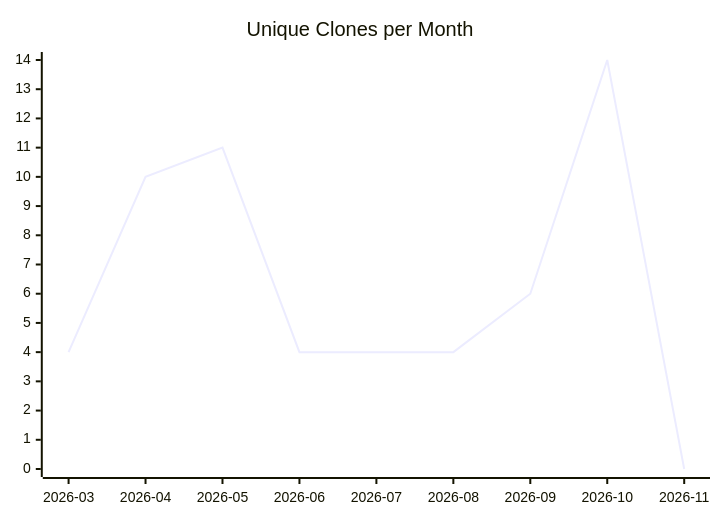
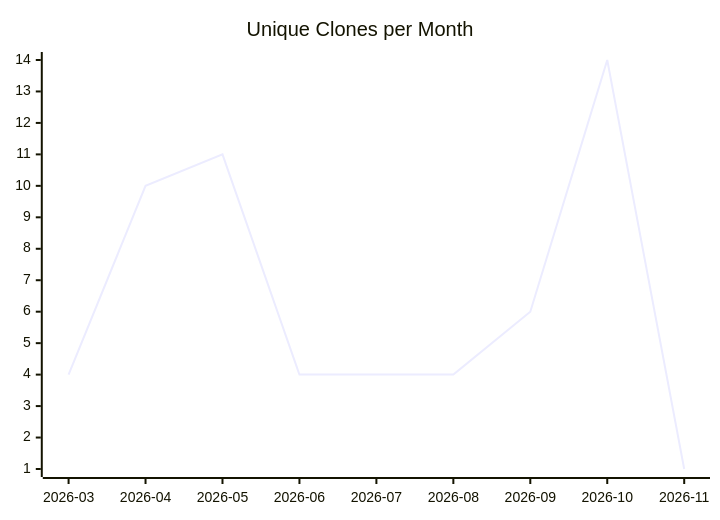
The third of 3 diagrams in karlmdavis/workstation-base-ansible-role/README.md (justdavis-family/github-analytics-data), drawn with Mermaid before and after one commit. The commit also changed other lines of this file and 196 other files, not shown here.

````diff
--- a/karlmdavis/workstation-base-ansible-role/README.md
+++ b/karlmdavis/workstation-base-ansible-role/README.md
@@ -19,6 +19,6 @@
 ```mermaid
 xychart-beta
   title "Unique Clones per Month"
   x-axis ["2026-03", "2026-04", "2026-05", "2026-06", "2026-07", "2026-08", "2026-09", "2026-10", "2026-11"]
-  line [4, 10, 11, 4, 4, 4, 6, 14, 0]
+  line [4, 10, 11, 4, 4, 4, 6, 14, 1]
 ```
````
